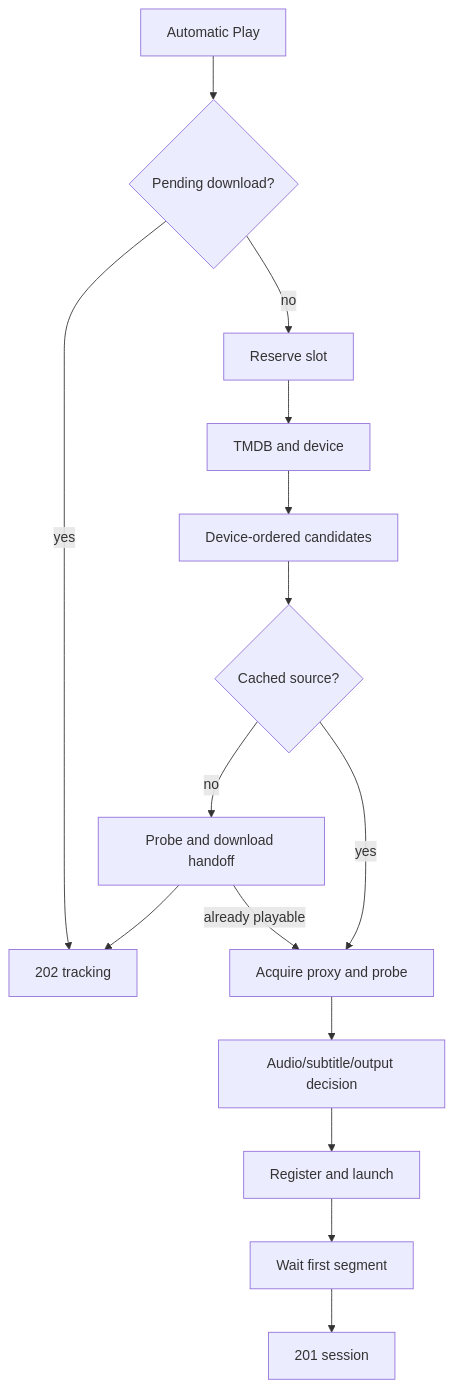
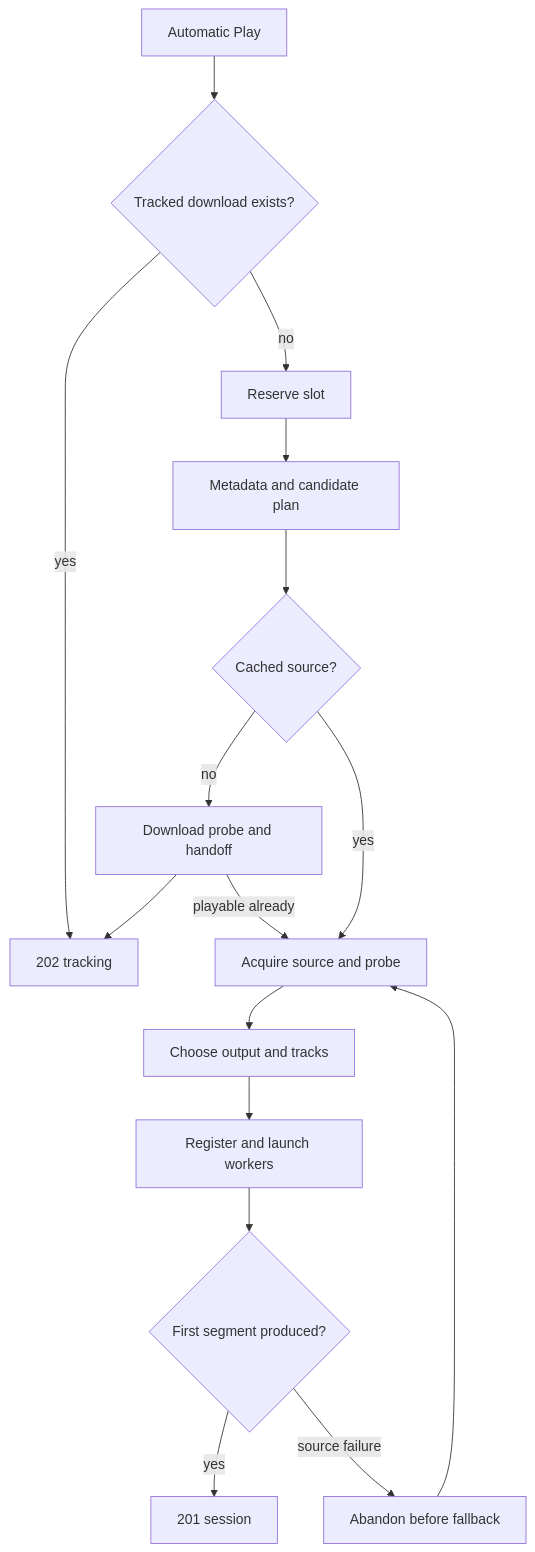
The diagram in droid-wiki/systems/playback/index.md (VeroxAUS/homestream), drawn with Mermaid before and after one commit. The commit also changed other lines of this file and 58 other files, not shown here.

````diff
--- a/droid-wiki/systems/playback/index.md
+++ b/droid-wiki/systems/playback/index.md
@@ -26,17 +29,18 @@
 ```mermaid
 graph TD
-    Request[Automatic Play] --> Pending{Pending download?}
-    Pending -->|yes| Tracking[202 tracking]
-    Pending -->|no| Reserve[Reserve slot]
-    Reserve --> Metadata[TMDB and device]
-    Metadata --> Candidates[Device-ordered candidates]
-    Candidates --> Cached{Cached source?}
-    Cached -->|no| Download[Probe and download handoff]
+    Request[Automatic Play] --> Existing{Tracked download exists?}
+    Existing -->|yes| Tracking[202 tracking]
+    Existing -->|no| Reserve[Reserve slot]
+    Reserve --> Plan[Metadata and candidate plan]
+    Plan --> Cached{Cached source?}
+    Cached -->|no| Download[Download probe and handoff]
     Download --> Tracking
-    Download -->|already playable| Acquire
-    Cached -->|yes| Acquire[Acquire proxy and probe]
-    Acquire --> Decision[Audio/subtitle/output decision]
-    Decision --> Launch[Register and launch]
-    Launch --> First[Wait first segment]
-    First --> Ready[201 session]
+    Download -->|playable already| Acquire[Acquire source and probe]
+    Cached -->|yes| Acquire
+    Acquire --> Decide[Choose output and tracks]
+    Decide --> Launch[Register and launch workers]
+    Launch --> First{First segment produced?}
+    First -->|yes| Ready[201 session]
+    First -->|source failure| Cleanup[Abandon before fallback]
+    Cleanup --> Acquire
 ```
````
